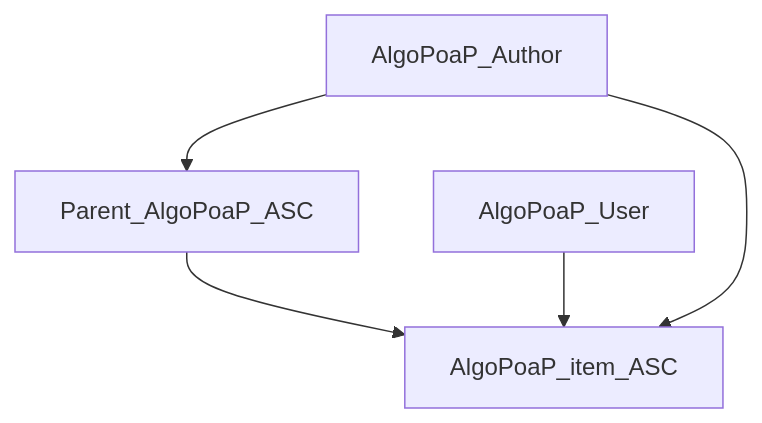
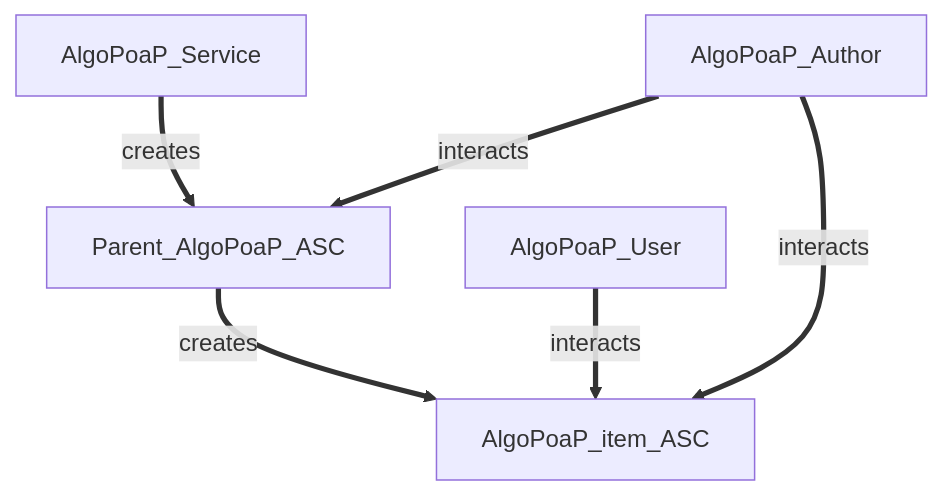
Before and after one commit to Sun-C0ffee/algopoap-smartcontracts: the diagram in README.md, drawn with Mermaid.

````diff
--- a/README.md
+++ b/README.md
@@ -6,7 +6,8 @@
 ```mermaid
   graph TD;
-      Parent_AlgoPoaP_ASC-->AlgoPoaP_item_ASC;
-      AlgoPoaP_User-->AlgoPoaP_item_ASC;
-      AlgoPoaP_Author-->Parent_AlgoPoaP_ASC;
-      AlgoPoaP_Author-->AlgoPoaP_item_ASC;
+      AlgoPoaP_Service== creates ==>Parent_AlgoPoaP_ASC;
+      Parent_AlgoPoaP_ASC== creates ==>AlgoPoaP_item_ASC;
+      AlgoPoaP_User== interacts ==>AlgoPoaP_item_ASC;
+      AlgoPoaP_Author== interacts ==>Parent_AlgoPoaP_ASC;
+      AlgoPoaP_Author== interacts ==>AlgoPoaP_item_ASC;
 ```
````
